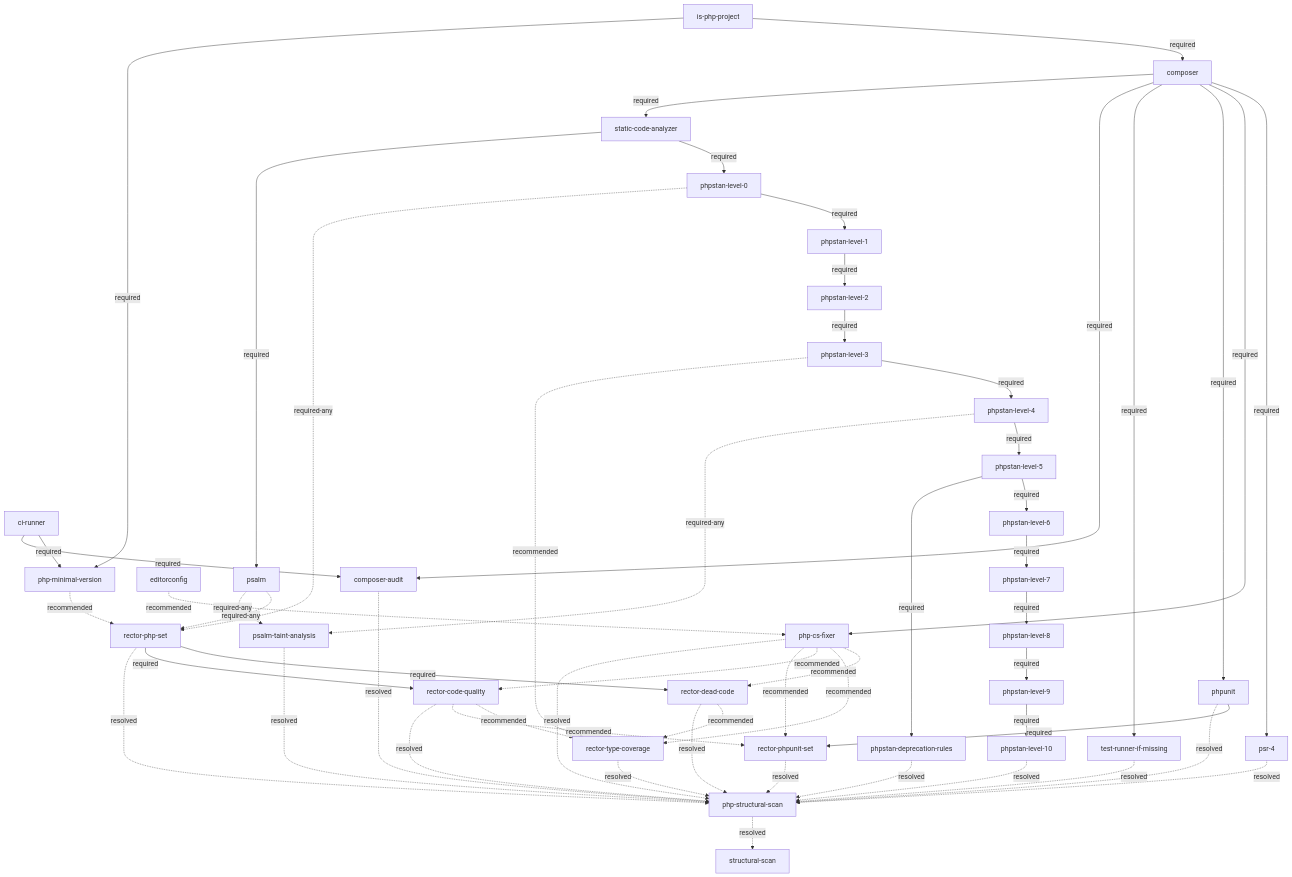
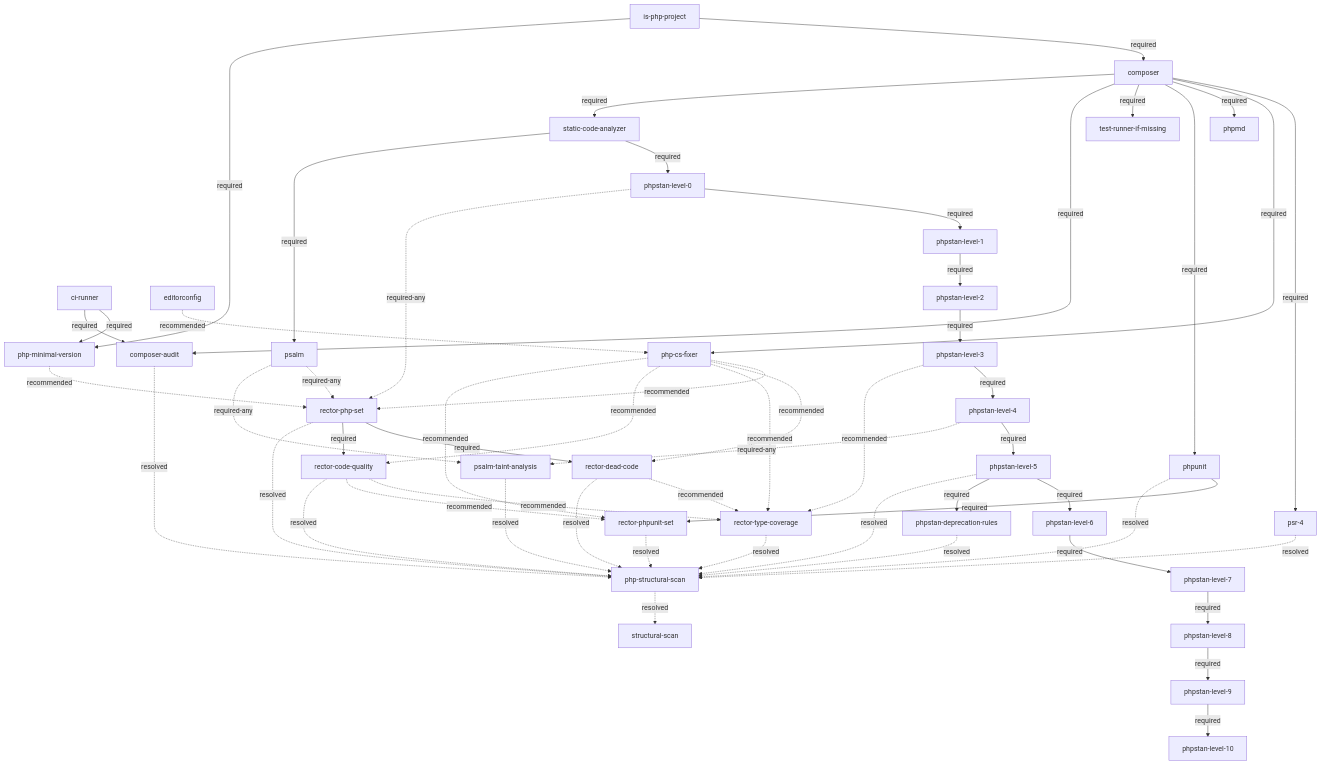
The diagram in skills/refactor-scan/references/php-tooling-tree.md (Art4/continuous-refactoring), drawn with Mermaid before and after one commit. The commit also changed other lines of this file and 35 other files, not shown here.

```diff
--- a/skills/refactor-scan/references/php-tooling-tree.md
+++ b/skills/refactor-scan/references/php-tooling-tree.md
@@ -13,6 +13,7 @@
     psr4[psr-4]
     edc[editorconfig]
     cs[php-cs-fixer]
+    phpmd[phpmd]
     unit[phpunit]
     audit[composer-audit]
     tr[test-runner-if-missing]
@@ -45,6 +46,7 @@
     comp -->|required| psr4
     edc -.->|recommended| cs
     comp -->|required| cs
+    comp -->|required| phpmd
     comp -->|required| unit
     comp -->|required| tr
     comp -->|required| audit
@@ -66,6 +68,7 @@
     p0 -.->|required-any| rps
     psalm -.->|required-any| rps
     pmv -.->|recommended| rps
+    cs -.->|recommended| rps
     rps -->|required| rdc
     rps -->|required| rcq
     unit -->|required| rpu
@@ -82,9 +85,7 @@
     psr4 -.->|resolved| phpss
     audit -.->|resolved| phpss
     unit -.->|resolved| phpss
-    tr -.->|resolved| phpss
-    cs -.->|resolved| phpss
-    p10 -.->|resolved| phpss
+    p5 -.->|resolved| phpss
     dep -.->|resolved| phpss
     rdc -.->|resolved| phpss
     rtc -.->|resolved| phpss
```
